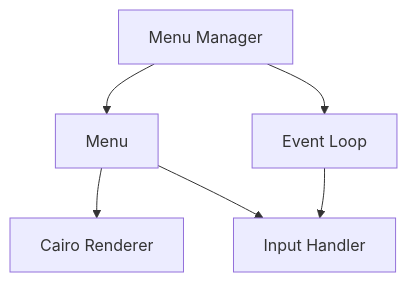
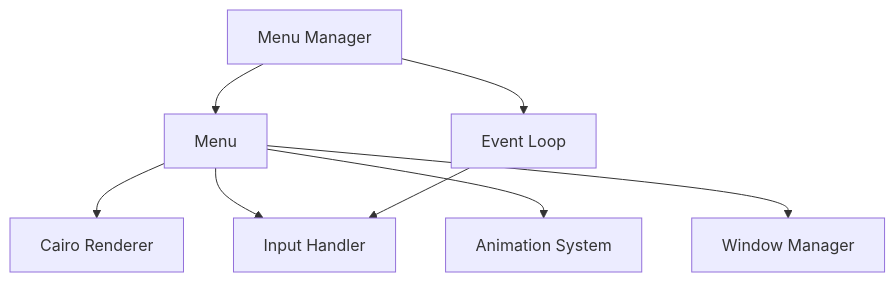
One commit to fkr-0/relmod_c changed the diagram in README.md. Above: the diagram before and after it, drawn with Mermaid. The commit also changed other lines of this file and 3 other files, not shown here.

````diff
--- a/README.md
+++ b/README.md
@@ -69,8 +76,10 @@
 ```mermaid
 graph TD
     A[Menu Manager] --> B[Menu]
-    B --> C[Cairo Renderer]
+    B --> C[Cairo Renderer]  
     B --> D[Input Handler]
-    A --> E[Event Loop]
-    E --> D
+    B --> E[Animation System]
+    B --> F[Window Manager]
+    A --> G[Event Loop]
+    G --> D
 ```
````
